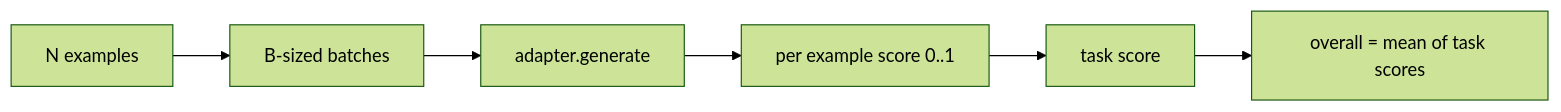
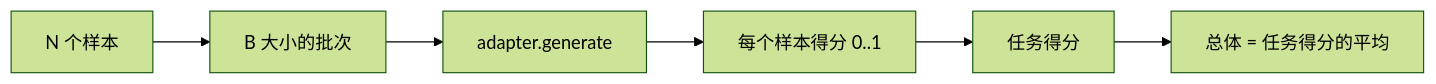
One commit to guangningsun/ailearning changed the second of 2 diagrams in lessons/19-capstone-projects/49-lm-eval-harness/docs/zh.md. Above: the diagram before and after it, drawn with Mermaid (forest theme). The commit also changed other lines of this file and 85 other files, not shown here.

````diff
--- a/lessons/19-capstone-projects/49-lm-eval-harness/docs/zh.md
+++ b/lessons/19-capstone-projects/49-lm-eval-harness/docs/zh.md
@@ -97,8 +97,8 @@
 ```mermaid
 flowchart LR
-  examples[N examples] --> batches[B-sized batches]
+  examples[N 个样本] --> batches[B 大小的批次]
   batches --> adapter[adapter.generate]
-  adapter --> per[per example score 0..1]
-  per --> avg[task score]
-  avg --> over[overall = mean of task scores]
+  adapter --> per[每个样本得分 0..1]
+  per --> avg[任务得分]
+  avg --> over[总体 = 任务得分的平均]
 ```
````
